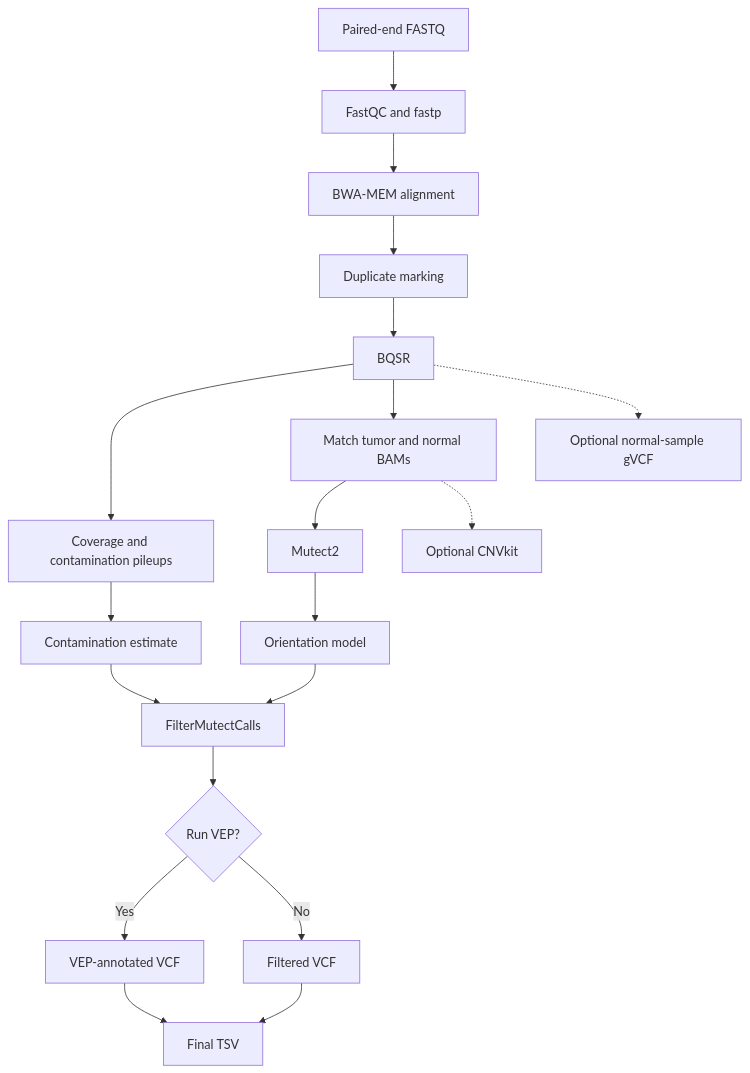
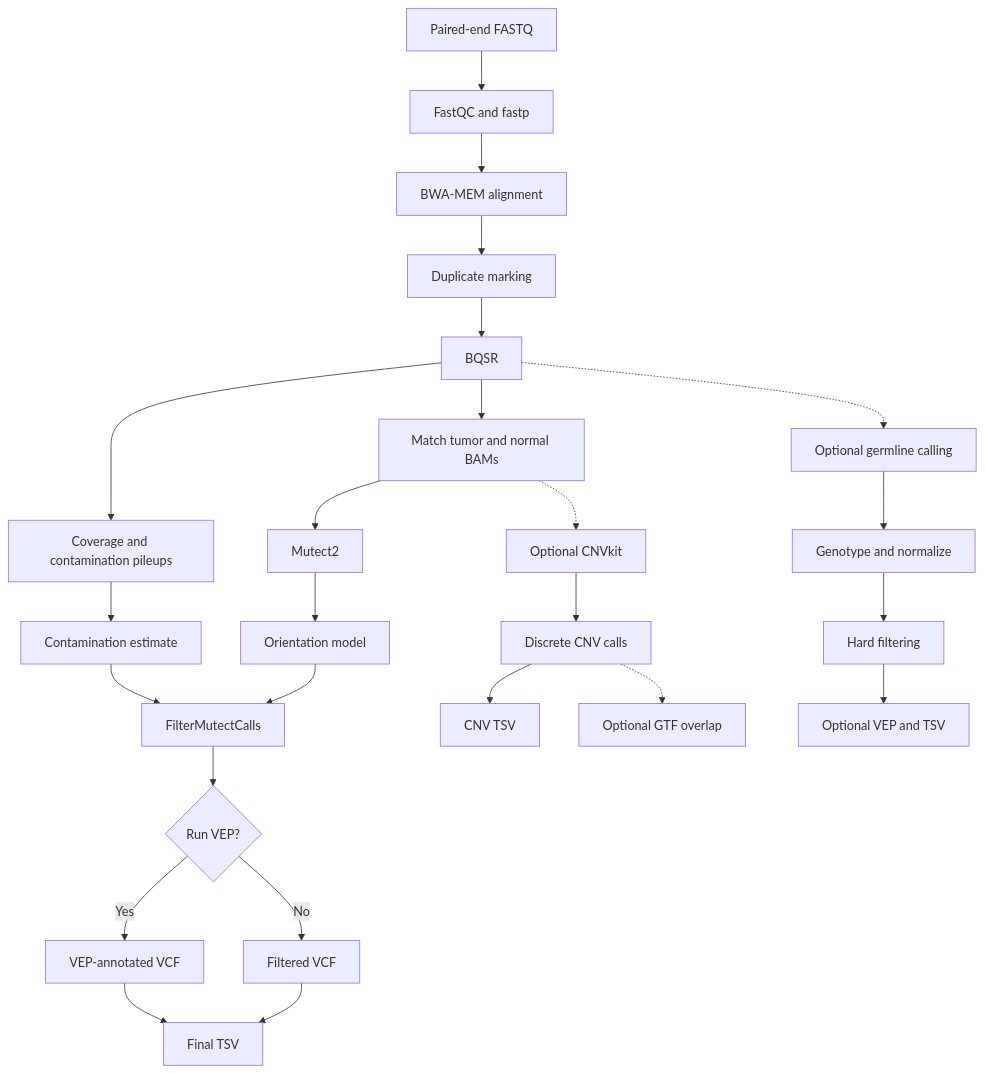
One commit to pauladisanto/WES-tumor-normal-nextflow changed the diagram in README.md. Above: the diagram before and after it, drawn with Mermaid. The commit also changed other lines of this file and 22 other files, not shown here.

Commit message:
Adding cnv and germline annotation

````diff
--- a/README.md
+++ b/README.md
@@ -27,21 +27,27 @@
 ```mermaid
 flowchart TD
     A[Paired-end FASTQ] --> B[FastQC and fastp]
     B --> C[BWA-MEM alignment]
     C --> D[Duplicate marking]
     D --> E[BQSR]
     E --> F[Coverage and contamination pileups]
     E --> G[Match tumor and normal BAMs]
     G --> H[Mutect2]
     H --> I[Orientation model]
     F --> J[Contamination estimate]
     I --> K[FilterMutectCalls]
     J --> K
     K --> L{Run VEP?}
     L -->|Yes| M[VEP-annotated VCF]
     L -->|No| N[Filtered VCF]
     M --> O[Final TSV]
     N --> O
     G -.-> P[Optional CNVkit]
-    E -.-> Q[Optional normal-sample gVCF]
+    P --> U[Discrete CNV calls]
+    U --> V[CNV TSV]
+    U -.-> W[Optional GTF overlap]
+    E -.-> Q[Optional germline calling]
+    Q --> R[Genotype and normalize]
+    R --> S[Hard filtering]
+    S --> T[Optional VEP and TSV]
 ```
````
